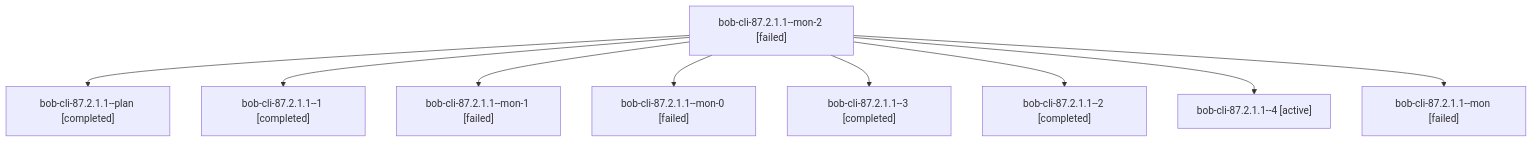
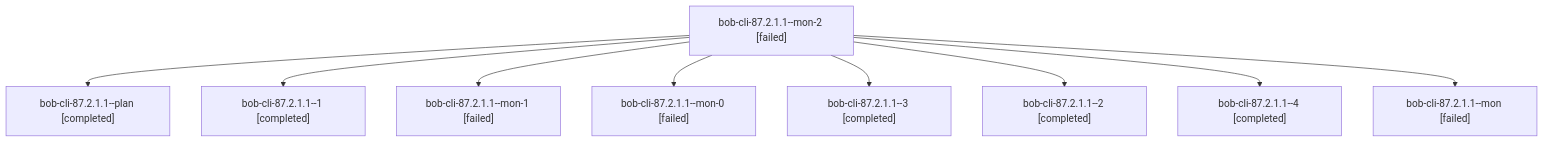
Before and after one commit to bobs-org/bob-cli--agents: the diagram in sessions/bbugyi200.athena.bob-cli-87.2.1.1.md, drawn with Mermaid. The commit also changed other lines of this file and 43 other files, not shown here.

````diff
--- a/sessions/bbugyi200.athena.bob-cli-87.2.1.1.md
+++ b/sessions/bbugyi200.athena.bob-cli-87.2.1.1.md
@@ -9,20 +9,20 @@
 ```mermaid
 flowchart TD
   n0["bob-cli-87.2.1.1--mon-2 [failed]"]
   n1["bob-cli-87.2.1.1--plan [completed]"]
   n0 --> n1
   n2["bob-cli-87.2.1.1--1 [completed]"]
   n0 --> n2
   n3["bob-cli-87.2.1.1--mon-1 [failed]"]
   n0 --> n3
   n4["bob-cli-87.2.1.1--mon-0 [failed]"]
   n0 --> n4
   n5["bob-cli-87.2.1.1--3 [completed]"]
   n0 --> n5
   n6["bob-cli-87.2.1.1--2 [completed]"]
   n0 --> n6
-  n7["bob-cli-87.2.1.1--4 [active]"]
+  n7["bob-cli-87.2.1.1--4 [completed]"]
   n0 --> n7
   n8["bob-cli-87.2.1.1--mon [failed]"]
   n0 --> n8
 ```
````
